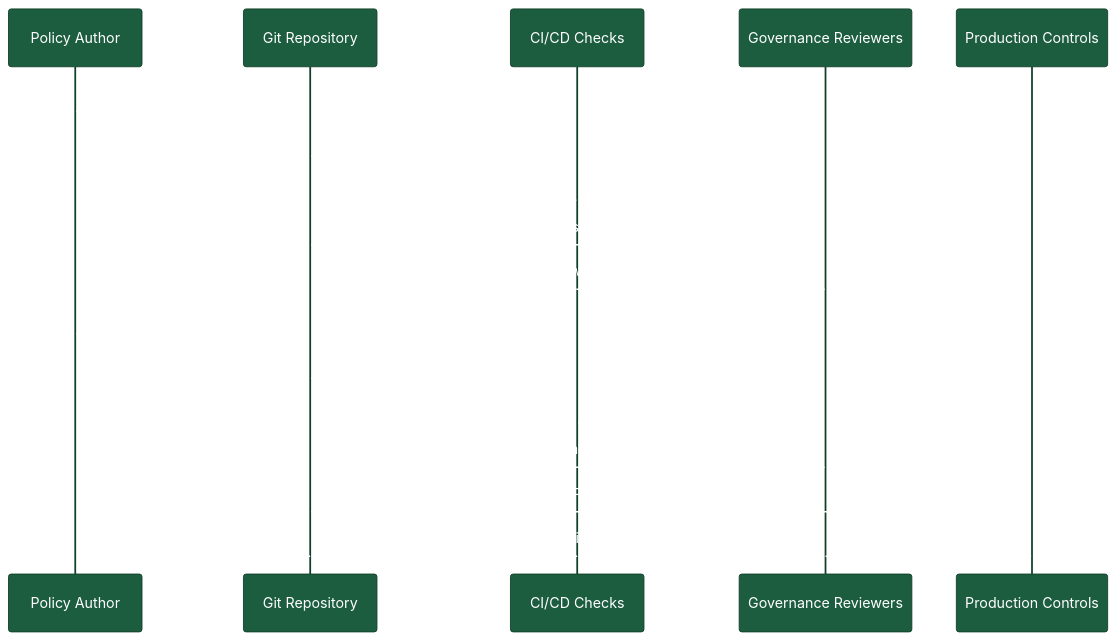
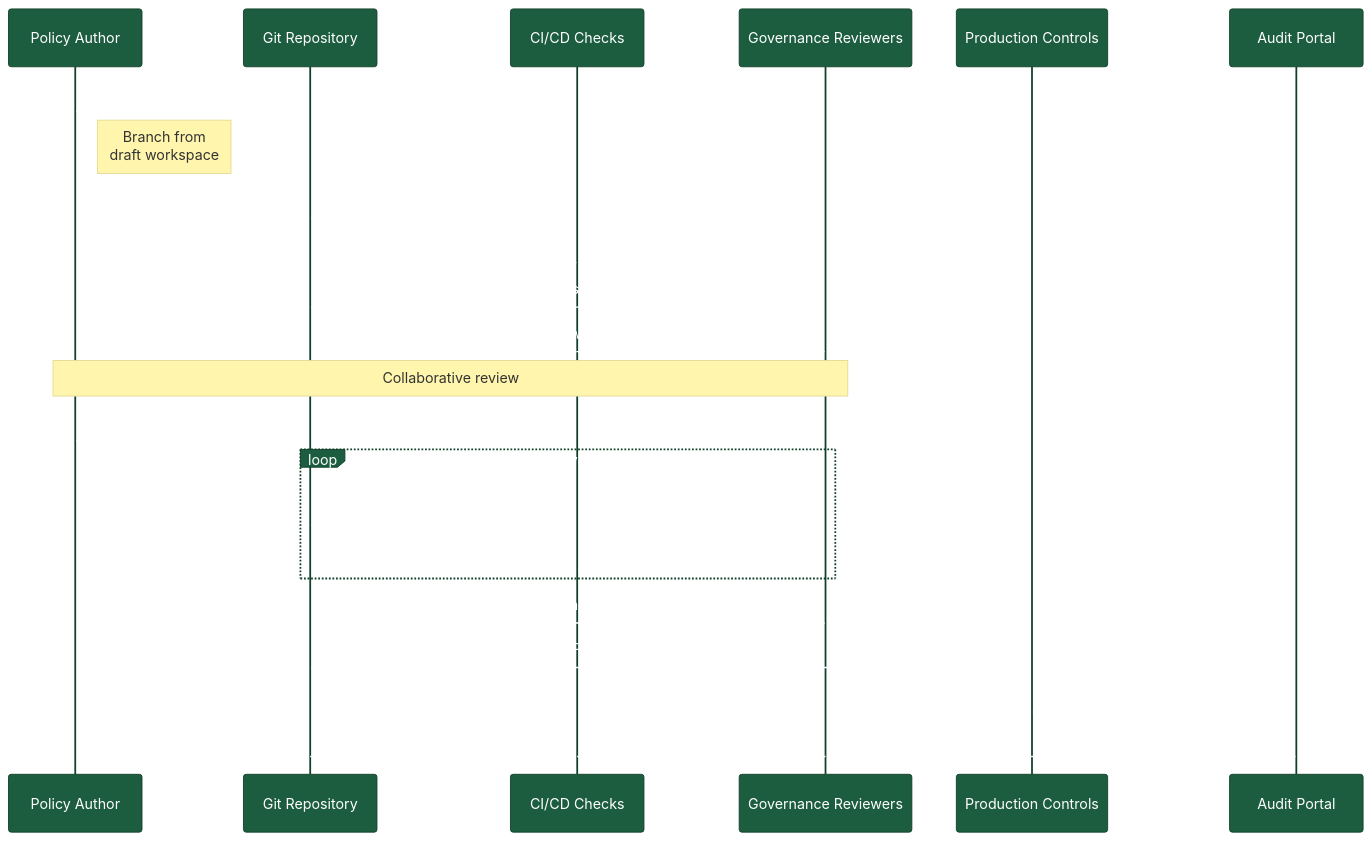
One commit to Geonitab/architecture_as_code changed the diagram in docs/images/diagram_29_governance_pipeline.mmd. Above: the diagram before and after it, drawn with Mermaid. The commit also changed 1 other file, not shown here.

```diff
--- a/docs/images/diagram_29_governance_pipeline.mmd
+++ b/docs/images/diagram_29_governance_pipeline.mmd
@@ -1,30 +1,36 @@
 ---
 config:
   theme: 'base'
   themeVariables:
     primaryColor: '#1c5d3f'
     primaryTextColor: '#ffffff'
     primaryBorderColor: '#114029'
     lineColor: '#6ab187'
     secondaryColor: '#f0c419'
     tertiaryColor: '#ffffff'
 ---
 %% Governance as Code approval flow across stakeholders
 sequenceDiagram
     participant Author as Policy Author
     participant Repo as Git Repository
     participant CI as CI/CD Checks
     participant Review as Governance Reviewers
     participant Deploy as Production Controls
+    participant Audit as Audit Portal
 
     Author->>Repo: Draft governance update
+    Note right of Author: Branch from<br/>draft workspace
     Repo->>CI: Trigger automated policy tests
     CI-->>Repo: Report compliance status
     Repo->>Review: Open pull request for approval
     Review-->>Repo: Provide review comments
+    Note over Author,Review: Collaborative review
     Author->>Repo: Apply requested changes
-    Repo->>CI: Re-run automated tests
-    CI-->>Review: Confirm guardrails satisfied
+    loop Re-validation
+        Repo->>CI: Re-run automated tests
+        CI-->>Review: Confirm guardrails satisfied
+    end
     Review->>Repo: Approve and merge change
     Repo->>Deploy: Promote policy to production
-    Deploy-->>Author: Publish audit trail
+    Deploy-->>Audit: Capture deployment evidence
+    Audit-->>Author: Publish audit trail
```
